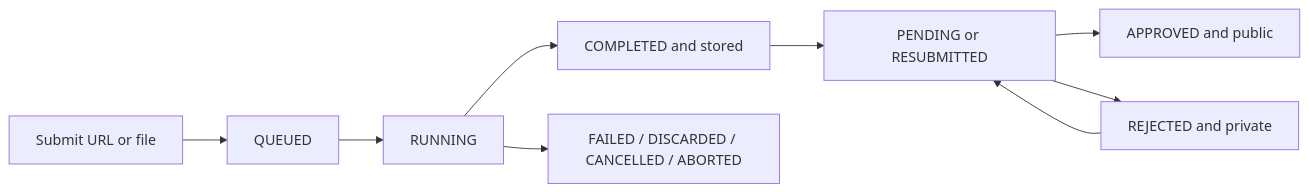
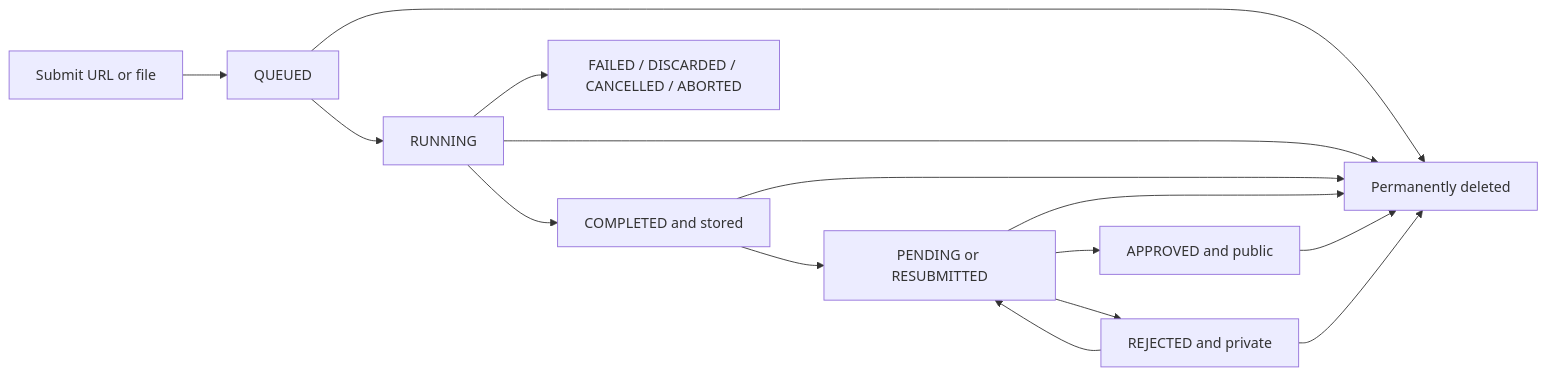
One commit to schmolldechse/archive changed the second of 2 diagrams in docs/architecture.md. Above: the diagram before and after it, drawn with Mermaid. The commit also changed other lines of this file and 30 other files, not shown here.

````diff
--- a/docs/architecture.md
+++ b/docs/architecture.md
@@ -82,11 +83,17 @@
 ```mermaid
 flowchart LR
     Submit[Submit URL or file] --> Queued[QUEUED]
     Queued --> Running[RUNNING]
     Running --> Stored[COMPLETED and stored]
     Running --> Terminal[FAILED / DISCARDED / CANCELLED / ABORTED]
     Stored --> Review[PENDING or RESUBMITTED]
     Review --> Public[APPROVED and public]
     Review --> Rejected[REJECTED and private]
     Rejected --> Review
+    Queued --> Deleted[Permanently deleted]
+    Running --> Deleted
+    Stored --> Deleted
+    Review --> Deleted
+    Public --> Deleted
+    Rejected --> Deleted
 ```
````
